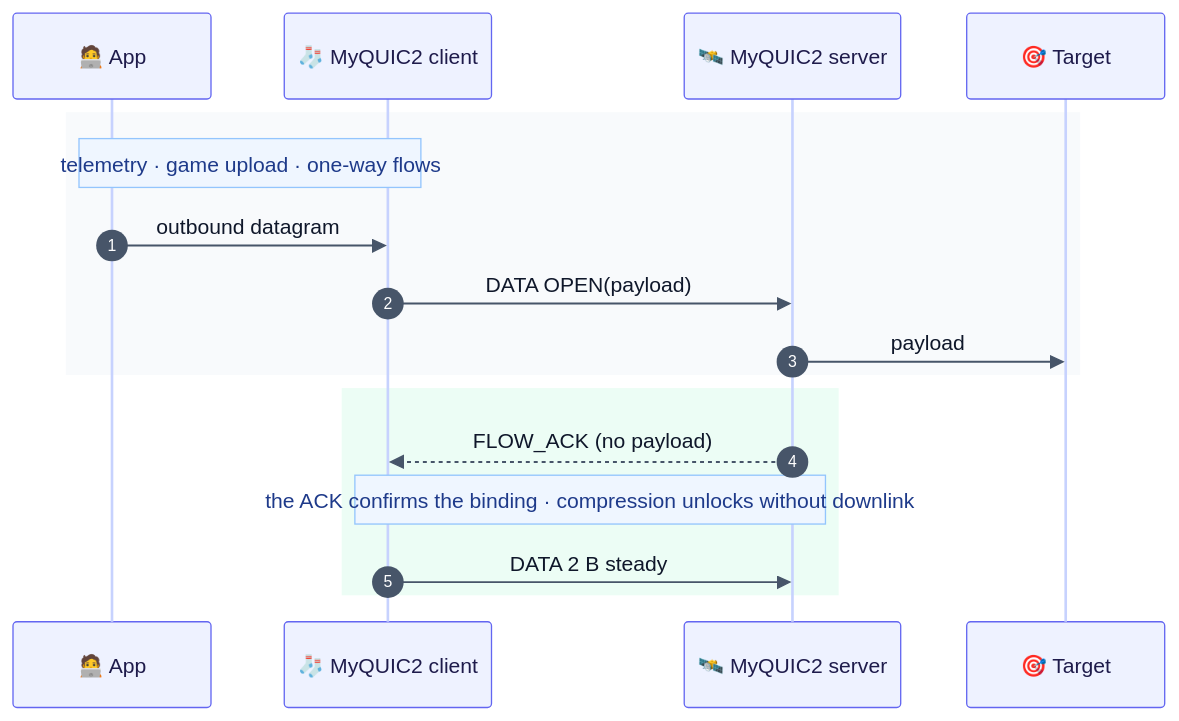
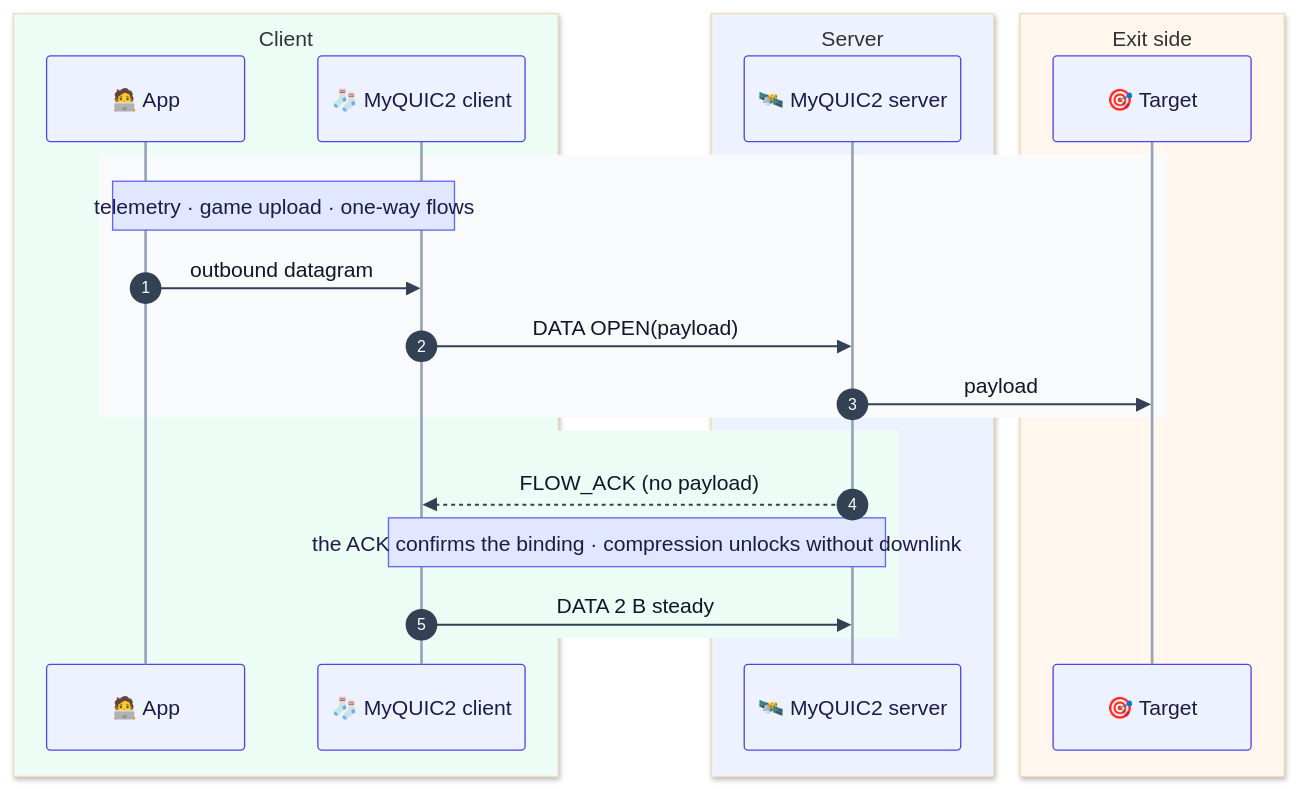
Before and after one commit to Terutoki/MyQUIC2: diagram 16 of 25 in README.md, drawn with Mermaid. The commit also changed other lines of this file, not shown here.

````diff
--- a/README.md
+++ b/README.md
@@ -816,20 +828,26 @@
 ```mermaid
-%%{init: {"theme":"base","themeVariables":{"fontSize":"15px","actorBkg":"#eef2ff","actorBorder":"#6366f1","actorTextColor":"#1e1b4b","actorLineColor":"#c7d2fe","signalColor":"#475569","signalTextColor":"#0f172a","labelBoxBkgColor":"#f8fafc","labelBoxBorderColor":"#cbd5e1","labelTextColor":"#0f172a","loopTextColor":"#0f172a","noteBkgColor":"#eff6ff","noteBorderColor":"#93c5fd","noteTextColor":"#1e3a8a","activationBkgColor":"#e0e7ff","activationBorderColor":"#6366f1","sequenceNumberBackgroundColor":"#6366f1","sequenceNumberColor":"#ffffff"}} }%%
+%%{init: {"theme":"base","themeVariables":{"fontSize":"14px","actorBkg":"#eef2ff","actorBorder":"#4f46e5","actorTextColor":"#1e1b4b","actorLineColor":"#94a3b8","signalColor":"#334155","signalTextColor":"#0f172a","labelBoxBkgColor":"#e0e7ff","labelBoxBorderColor":"#6366f1","labelTextColor":"#1e1b4b","loopTextColor":"#1e1b4b","noteBkgColor":"#e0e7ff","noteBorderColor":"#6366f1","noteTextColor":"#1e1b4b","activationBkgColor":"#c7d2fe","activationBorderColor":"#4f46e5","sequenceNumberBackgroundColor":"#4f46e5","sequenceNumberColor":"#ffffff"}}}%%
 sequenceDiagram
     autonumber
-    participant App as 🧑‍💻 App
-    participant Client as 🧦 MyQUIC2 client
-    participant Server as 🛰️ MyQUIC2 server
-    participant Target as 🎯 Target
+        box rgb(236, 253, 245) Client
+            participant App as 🧑‍💻 App
+            participant Client as 🧦 MyQUIC2 client
+        end
+        box rgb(238, 242, 255) Server
+            participant Server as 🛰️ MyQUIC2 server
+        end
+        box rgb(255, 247, 237) Exit side
+            participant Target as 🎯 Target
+        end
         rect rgb(248, 250, 252)
             Note over App,Client: telemetry · game upload · one-way flows
             App->>Client: outbound datagram
             Client->>Server: DATA OPEN(payload)
             Server->>Target: payload
         end
         rect rgb(236, 253, 245)
             Server-->>Client: FLOW_ACK (no payload)
             Note over Client,Server: the ACK confirms the binding · compression unlocks without downlink
             Client->>Server: DATA 2 B steady
         end
 ```
````
